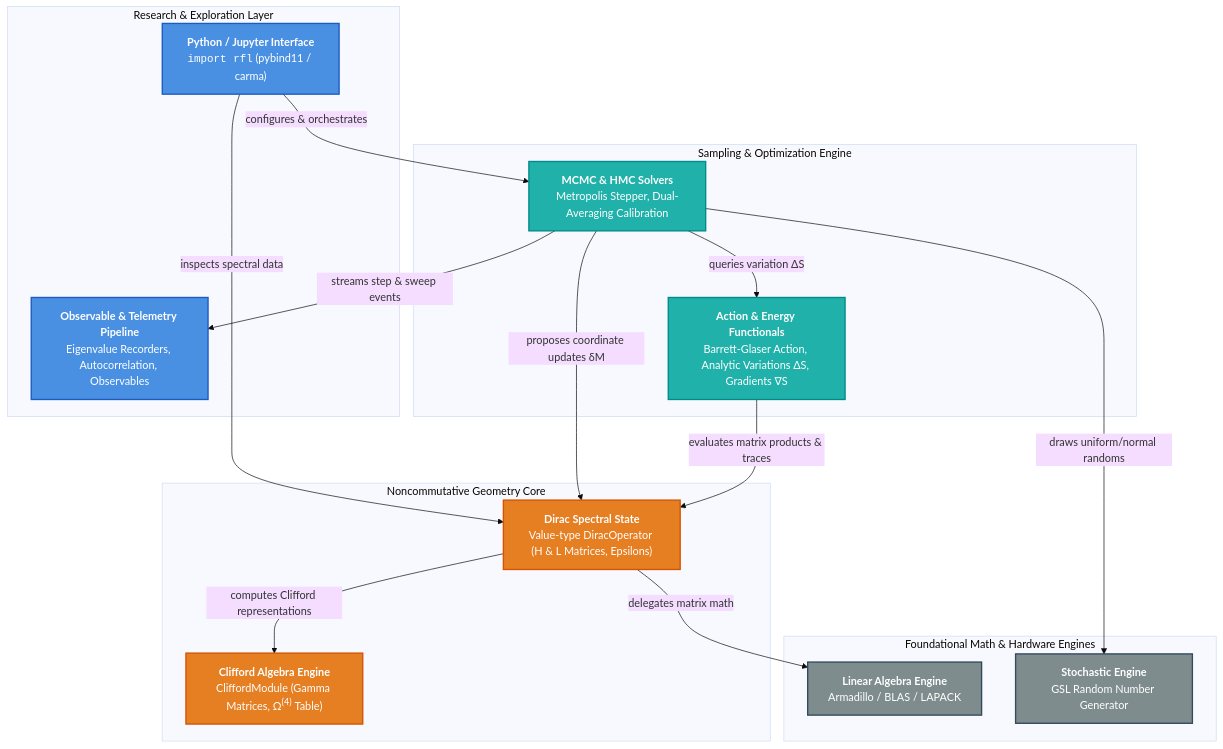
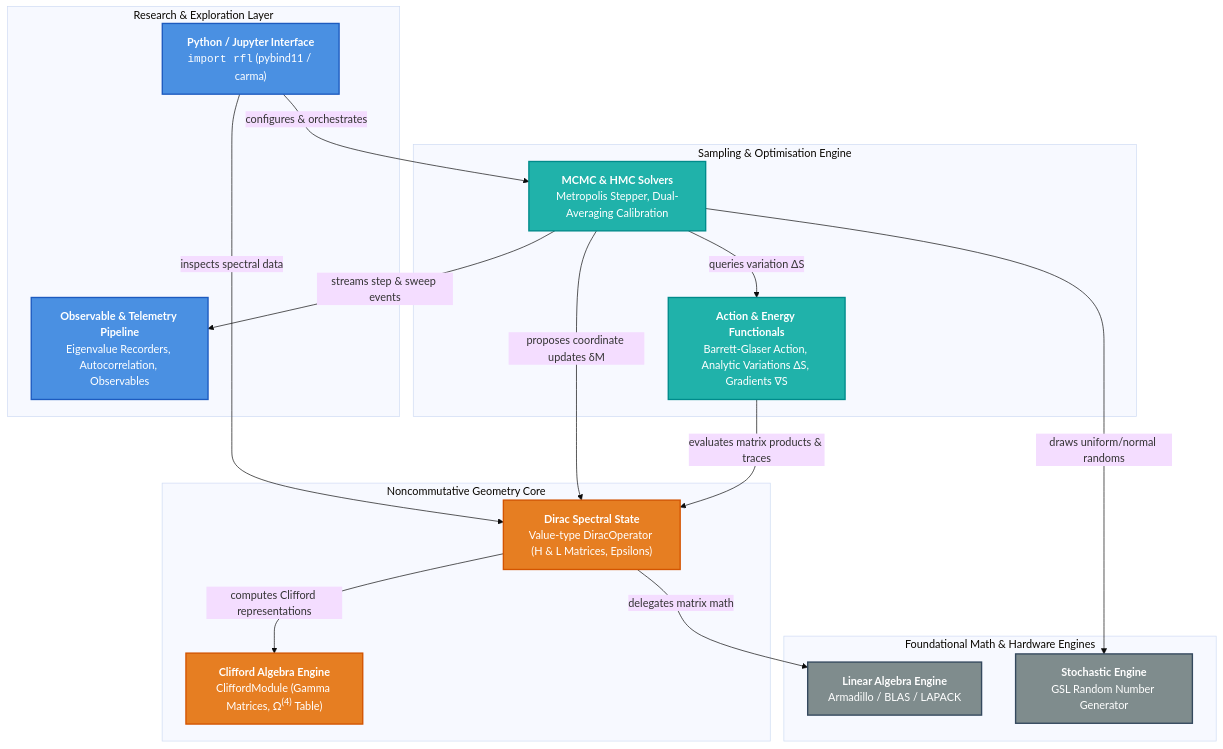
One commit to pauldruce/RFL changed the first of 3 diagrams in docs/Architecture.md. Above: the diagram before and after it, drawn with Mermaid (base theme). The commit also changed other lines of this file and 4 other files, not shown here.

````diff
--- a/docs/Architecture.md
+++ b/docs/Architecture.md
@@ -17,42 +17,42 @@
 ```mermaid
 flowchart TB
     subgraph UserLayer["Research & Exploration Layer"]
         Py["<b>Python / Jupyter Interface</b><br/><code>import rfl</code> (pybind11 / carma)"]
         Obs["<b>Observable & Telemetry Pipeline</b><br/>Eigenvalue Recorders, Autocorrelation, Observables"]
     end
 
-    subgraph SimulationCore["Sampling & Optimization Engine"]
+    subgraph SimulationCore["Sampling & Optimisation Engine"]
         Sampler["<b>MCMC & HMC Solvers</b><br/>Metropolis Stepper, Dual-Averaging Calibration"]
         Action["<b>Action & Energy Functionals</b><br/>Barrett-Glaser Action, Analytic Variations ΔS, Gradients ∇S"]
     end
 
     subgraph GeometryCore["Noncommutative Geometry Core"]
         Dirac["<b>Dirac Spectral State</b><br/>Value-type DiracOperator (H & L Matrices, Epsilons)"]
         Clifford["<b>Clifford Algebra Engine</b><br/>CliffordModule (Gamma Matrices, Ω<sup>(4)</sup> Table)"]
     end
 
     subgraph HardwareFoundations["Foundational Math & Hardware Engines"]
         Arma["<b>Linear Algebra Engine</b><br/>Armadillo / BLAS / LAPACK"]
         RNG["<b>Stochastic Engine</b><br/>GSL Random Number Generator"]
     end
 
     Py -->|configures & orchestrates| Sampler
     Py -->|inspects spectral data| Dirac
     Sampler -->|proposes coordinate updates δM| Dirac
     Sampler -->|queries variation ΔS| Action
     Sampler -->|streams step & sweep events| Obs
     Action -->|evaluates matrix products & traces| Dirac
     Dirac -->|computes Clifford representations| Clifford
     Dirac -->|delegates matrix math| Arma
     Sampler -->|draws uniform/normal randoms| RNG
 
     classDef userStyle fill:#4a90e2,stroke:#1d5bbf,stroke-width:2px,color:#fff;
     classDef simStyle fill:#20b2aa,stroke:#008b8b,stroke-width:2px,color:#fff;
     classDef geomStyle fill:#e67e22,stroke:#d35400,stroke-width:2px,color:#fff;
     classDef baseStyle fill:#7f8c8d,stroke:#34495e,stroke-width:2px,color:#fff;
 
     class Py,Obs userStyle;
     class Sampler,Action simStyle;
     class Dirac,Clifford geomStyle;
     class Arma,RNG baseStyle;
 ```
````
